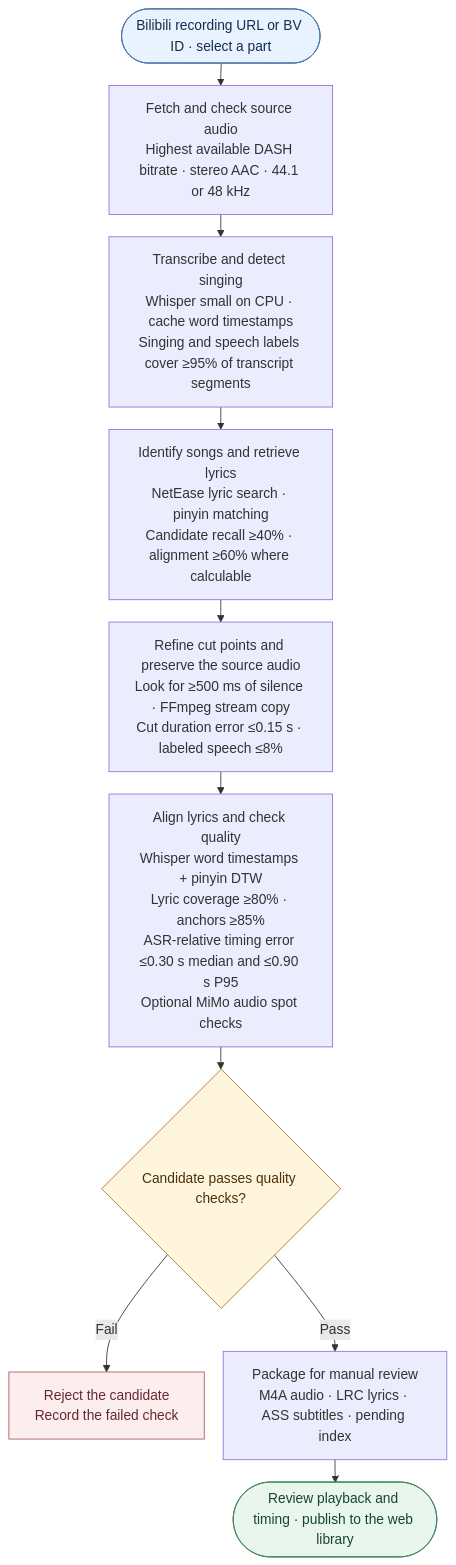
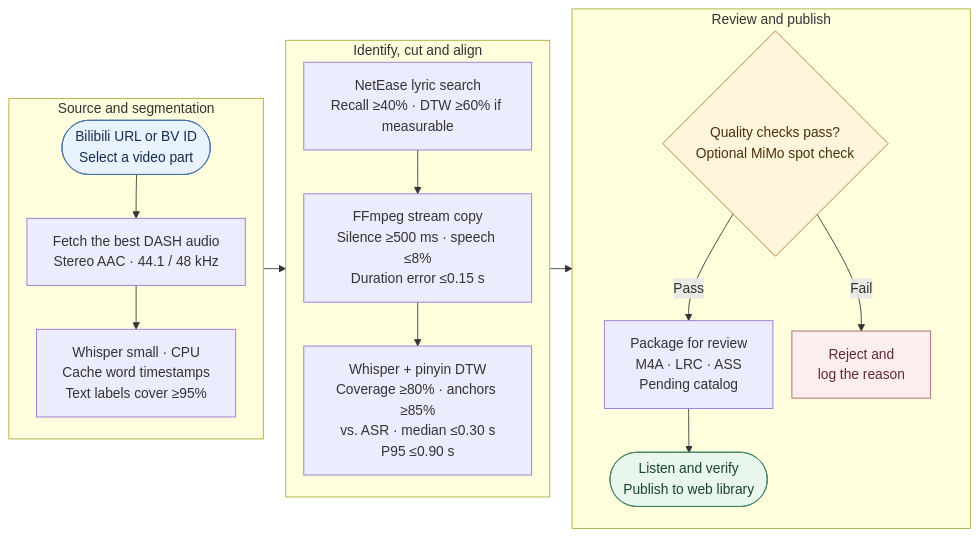
The diagram in README.md (Killer-Anya/AutoSongClip), drawn with Mermaid before and after one commit. The commit also changed 1 other file, not shown here.

Commit message:
Lay out the workflow in three compact phases

````diff
--- a/README.md
+++ b/README.md
@@ -35,34 +35,48 @@
 ```mermaid
 ---
 config:
   flowchart:
     nodeSpacing: 22
     rankSpacing: 26
+    wrappingWidth: 205
 ---
-flowchart TB
+flowchart LR
     accTitle: From a Bilibili recording to the web song library
-    accDescr: The workflow extracts audio, finds performances, identifies songs, cuts audio and aligns lyrics. Rejected candidates are logged. Passing clips are packaged for manual review before publication.
-    recording(["Bilibili recording URL or BV ID · select a part"])
-    fetch["Fetch and check source audio<br/>Highest available DASH bitrate · stereo AAC · 44.1 or 48 kHz"]
-    detect["Transcribe and detect singing<br/>Whisper small on CPU · cache word timestamps<br/>Singing and speech labels cover ≥95% of transcript segments"]
-    identify["Identify songs and retrieve lyrics<br/>NetEase lyric search · pinyin matching<br/>Candidate recall ≥40% · alignment ≥60% where calculable"]
-    cut["Refine cut points and preserve the source audio<br/>Look for ≥500 ms of silence · FFmpeg stream copy<br/>Cut duration error ≤0.15 s · labeled speech ≤8%"]
-    align["Align lyrics and check quality<br/>Whisper word timestamps + pinyin DTW<br/>Lyric coverage ≥80% · anchors ≥85%<br/>ASR-relative timing error ≤0.30 s median and ≤0.90 s P95<br/>Optional MiMo audio spot checks"]
-    gate{"Candidate passes quality checks?"}
-    rejection["Reject the candidate<br/>Record the failed check"]
-    package["Package for manual review<br/>M4A audio · LRC lyrics · ASS subtitles · pending index"]
-    library(["Review playback and timing · publish to the web library"])
+    accDescr: Three phases show how recordings become checked song cuts and how approved tracks are published.
+    subgraph capture["Source and segmentation"]
+        direction TB
+        recording(["Bilibili URL or BV ID<br/>Select a video part"])
+        fetch["Fetch the best DASH audio<br/>Stereo AAC · 44.1 / 48 kHz"]
+        detect["Whisper small · CPU<br/>Cache word timestamps<br/>Text labels cover ≥95%"]
+        recording --> fetch --> detect
+    end
 
-    recording --> fetch --> detect --> identify --> cut --> align --> gate
-    gate -->|Pass| package --> library
-    gate -->|Fail| rejection
+    subgraph process["Identify, cut and align"]
+        direction TB
+        identify["NetEase lyric search<br/>Recall ≥40% · DTW ≥60% if measurable"]
+        cut["FFmpeg stream copy<br/>Silence ≥500 ms · speech ≤8%<br/>Duration error ≤0.15 s"]
+        align["Whisper + pinyin DTW<br/>Coverage ≥80% · anchors ≥85%<br/>vs. ASR · median ≤0.30 s<br/>P95 ≤0.90 s"]
+        identify --> cut --> align
+    end
+
+    subgraph release["Review and publish"]
+        direction TB
+        gate{"Quality checks pass?<br/>Optional MiMo spot check"}
+        rejection["Reject and<br/>log the reason"]
+        package["Package for review<br/>M4A · LRC · ASS<br/>Pending catalog"]
+        library(["Listen and verify<br/>Publish to web library"])
+        gate -->|Pass| package --> library
+        gate -->|Fail| rejection
+    end
+
+    capture --> process --> release
 
     classDef entry fill:#e9f3ff,stroke:#4773a9,color:#142d4c
     classDef checkpoint fill:#fff4dc,stroke:#a5742c,color:#49320c
     classDef withheld fill:#fceeee,stroke:#a75b60,color:#642a30
     classDef published fill:#e8f6ed,stroke:#438461,color:#18452e
     class recording entry
     class gate checkpoint
     class rejection withheld
     class library published
 ```
````
